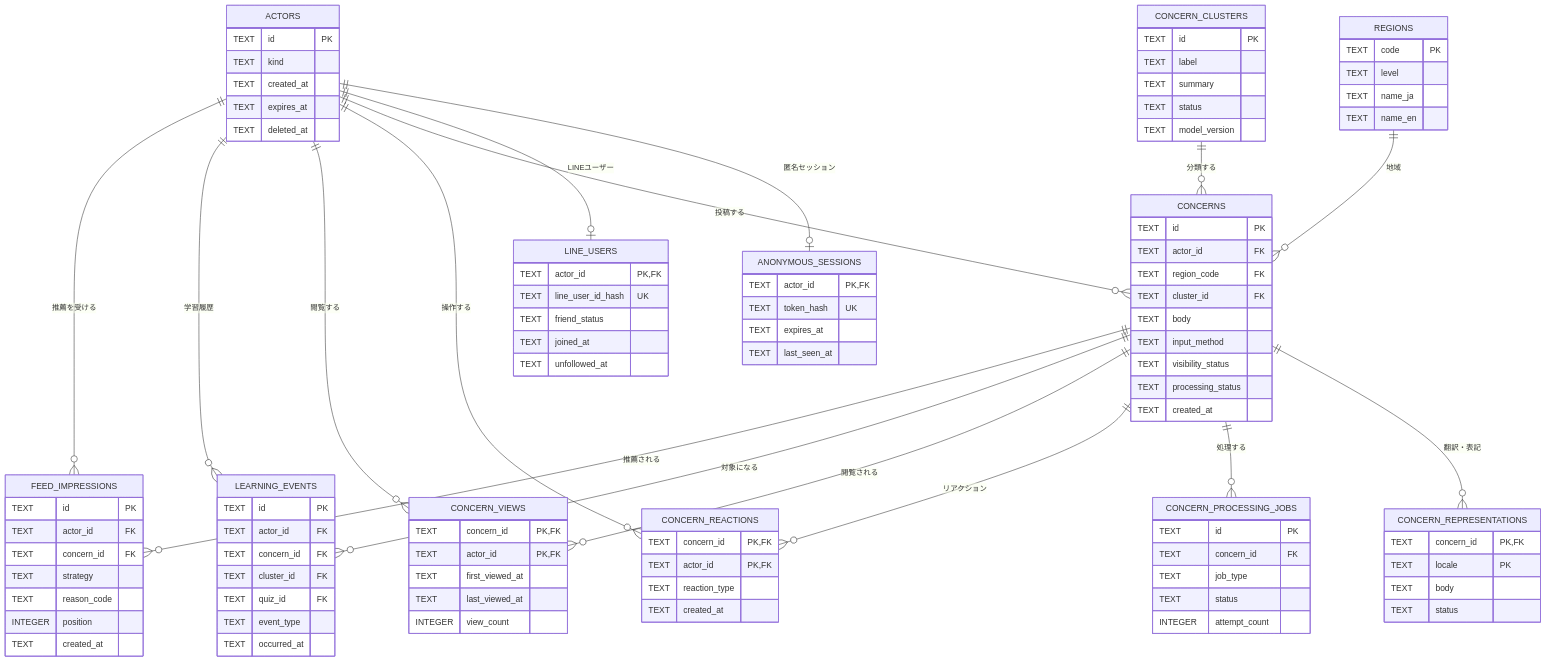
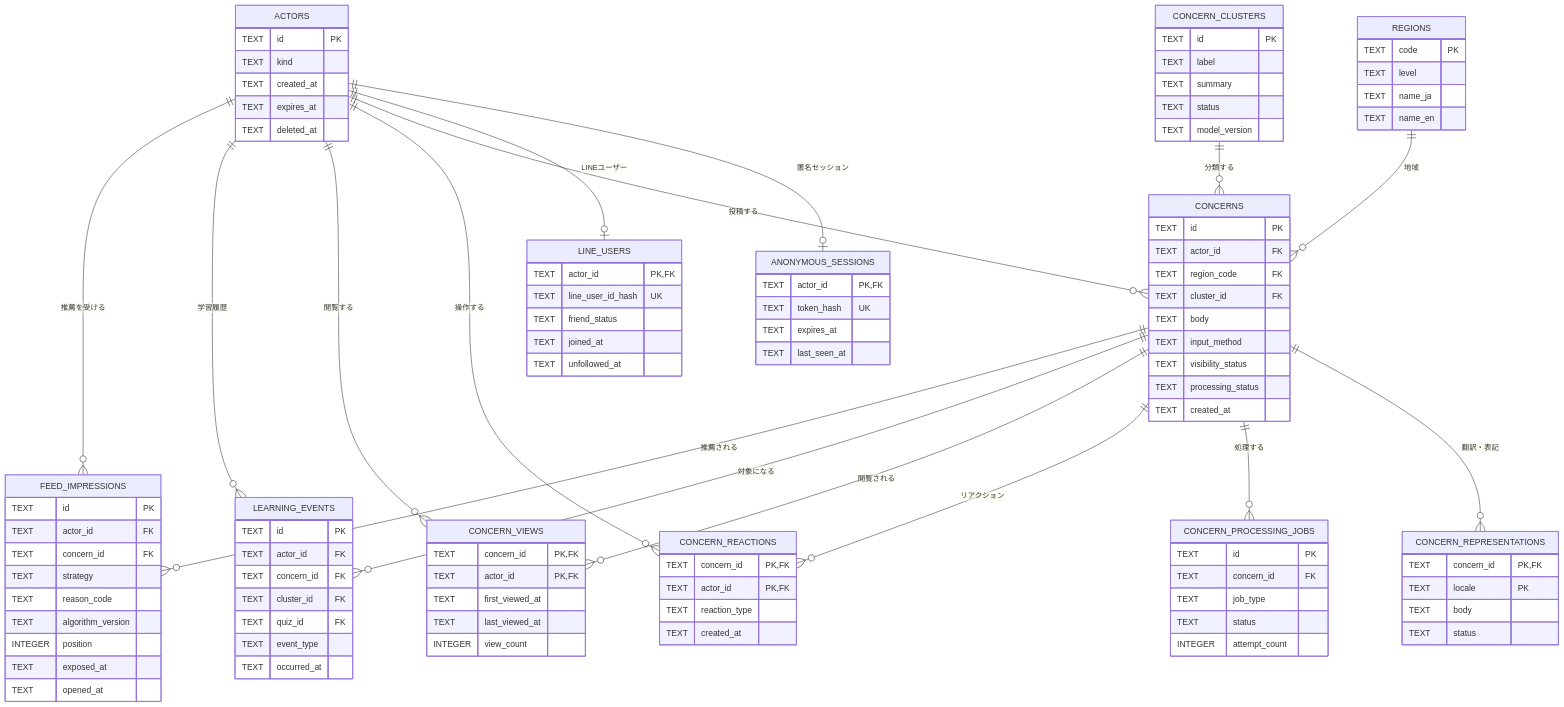
Before and after one commit to Digix00/58-Hackathon-202609: the first of 2 diagrams in docs/technical/database.md, drawn with Mermaid. The commit also changed other lines of this file, not shown here.

Commit message:
docs: normalize database diagram fences

````diff
--- a/docs/technical/database.md
+++ b/docs/technical/database.md
@@ -47,4 +47,4 @@
-~~~mermaid
+```mermaid
 erDiagram
   ACTORS ||--o| ANONYMOUS_SESSIONS : "匿名セッション"
   ACTORS ||--o| LINE_USERS : "LINEユーザー"
@@ -158,7 +158,9 @@
     TEXT concern_id FK
     TEXT strategy
     TEXT reason_code
+    TEXT algorithm_version
     INTEGER position
-    TEXT created_at
+    TEXT exposed_at
+    TEXT opened_at
   }
-~~~
+```
````
